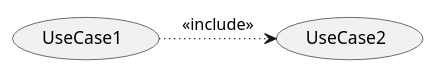
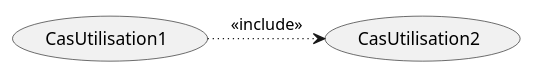
The diagram in plant_uml/useCaseInclusionExample.plantuml (gigl-uml/Guide_uml_polymtl), drawn with PlantUML before and after one commit. The commit also changed 8 other files, not shown here.

Commit message:
cas utilisation traduction

```diff
--- a/plant_uml/useCaseInclusionExample.plantuml
+++ b/plant_uml/useCaseInclusionExample.plantuml
@@ -1,10 +1,10 @@
 @startuml
 skinparam backgroundcolor transparent
 
-usecase UseCase1
-usecase UseCase2
+usecase CasUtilisation1
+usecase CasUtilisation2
 
 
-UseCase1 -[dotted]r-> UseCase2 : <<include>>
+CasUtilisation1 -[dotted]r-> CasUtilisation2 : <<include>>
 
 @enduml
```
